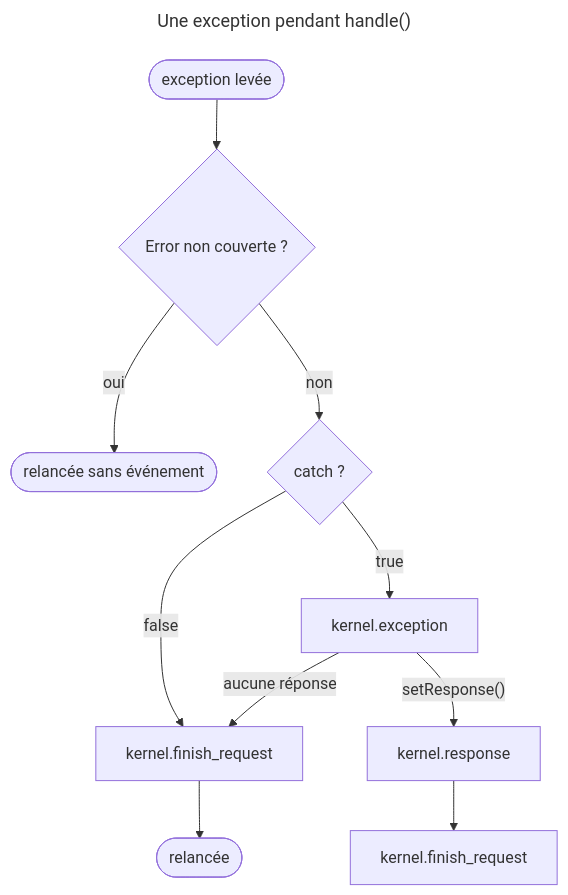
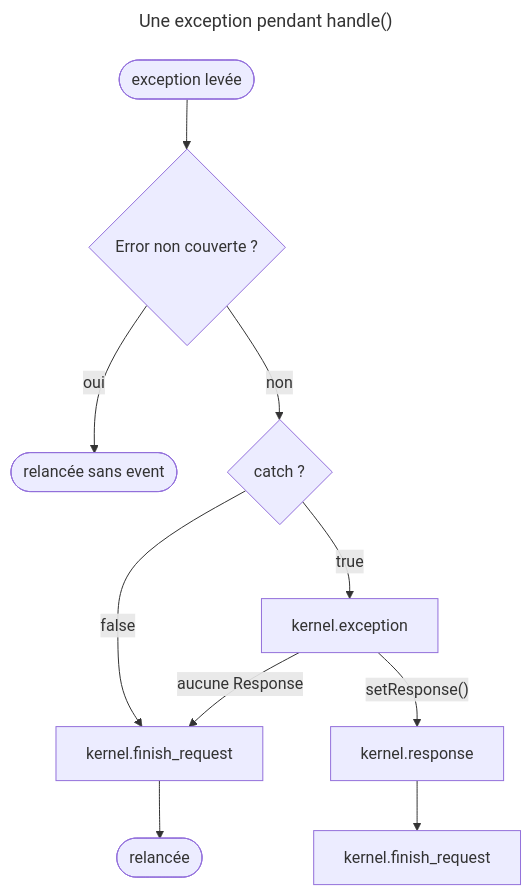
The second of 2 diagrams in content/courses/CRS-mpwjc4g3vmj7.md (jasserYahyaoui/Symfony-8-Certification-Path), drawn with Mermaid before and after one commit. The commit also changed other lines of this file and 207 other files, not shown here.

````diff
--- a/content/courses/CRS-mpwjc4g3vmj7.md
+++ b/content/courses/CRS-mpwjc4g3vmj7.md
@@ -182,17 +182,17 @@
 ```mermaid
 ---
 title: Une exception pendant handle()
 ---
 flowchart TD
   accTitle: Ce que handle() fait d'une exception
-  accDescr: Une Error que handle_all_throwables ne couvre pas est relancée sans aucun événement. Sinon, si catch vaut false, kernel.finish_request a lieu puis l'exception est relancée. Si catch vaut true, kernel.exception est dispatché. Si un écouteur pose une réponse, kernel.response puis kernel.finish_request ont lieu. Sinon kernel.finish_request a lieu puis l'exception est relancée.
+  accDescr: Une Error que handle_all_throwables ne couvre pas est relancée sans aucun event. Sinon, si catch vaut false, kernel.finish_request a lieu puis l'exception est relancée. Si catch vaut true, kernel.exception est dispatché. Si un listener pose une Response, kernel.response puis kernel.finish_request ont lieu. Sinon kernel.finish_request a lieu puis l'exception est relancée.
   ERR(["exception levée"]) --> E{"Error non couverte ?"}
-  E -->|"oui"| RAW(["relancée sans événement"])
+  E -->|"oui"| RAW(["relancée sans event"])
   E -->|"non"| C{"catch ?"}
   C -->|"false"| FIN2["kernel.finish_request"]
   C -->|"true"| EXC["kernel.exception"]
   EXC -->|"setResponse()"| RESP["kernel.response"]
-  EXC -->|"aucune réponse"| FIN2
+  EXC -->|"aucune Response"| FIN2
   RESP --> FIN["kernel.finish_request"]
   FIN2 --> UP(["relancée"])
 ```
````
